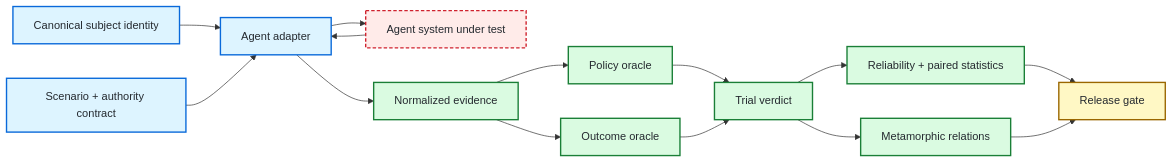
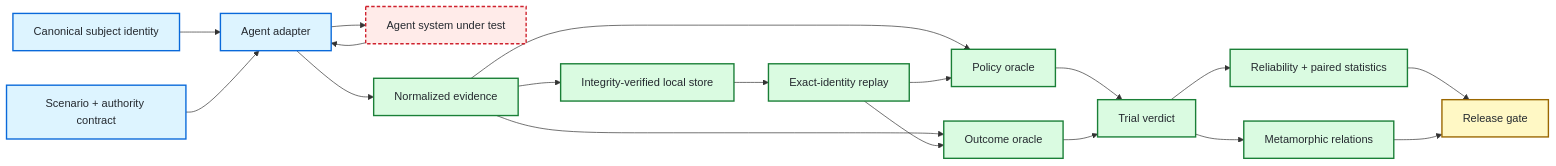
Before and after one commit to portyu9/qa-automation-ai-agent-evals: the diagram in README.md, drawn with Mermaid. The commit also changed other lines of this file, not shown here.

Commit message:
docs: align README with persisted evidence and replay

````diff
--- a/README.md
+++ b/README.md
@@ -84,41 +90,47 @@
 ```mermaid
 flowchart LR
     accTitle: Evidence-bound agent evaluation architecture
-    accDescr: An exact subject and versioned scenario are executed through a provider-neutral adapter. Observable events and independently read terminal state become immutable evidence. Deterministic policy and outcome oracles derive trial truth. Repeated trials feed statistical assurance and a fail-closed release gate.
+    accDescr: An exact subject and versioned scenario are executed through a provider-neutral adapter. Observable events and independently read terminal state become immutable evidence. Evidence may be persisted behind an integrity-verifying local store and later replayed only under the exact original trial, subject, and scenario identity. Deterministic policy and outcome oracles derive trial truth. Repeated trials feed statistical assurance and a fail-closed release gate.
 
     S[Canonical subject identity]
     C[Scenario + authority contract]
     A[Agent adapter]
     U[Agent system under test]
     E[Normalized evidence]
+    D[Integrity-verified local store]
+    Y[Exact-identity replay]
     P[Policy oracle]
     O[Outcome oracle]
     T[Trial verdict]
     M[Metamorphic relations]
     R[Reliability + paired statistics]
     G[Release gate]
 
     S --> A
     C --> A
     A --> U
     U --> A
     A --> E
     E --> P
     E --> O
+    E --> D
+    D --> Y
+    Y --> P
+    Y --> O
     P --> T
     O --> T
     T --> M
     T --> R
     R --> G
     M --> G
 
     classDef contract fill:#ddf4ff,stroke:#0969da,color:#24292f,stroke-width:2px
     classDef sut fill:#ffebe9,stroke:#cf222e,color:#24292f,stroke-width:2px,stroke-dasharray:5 3
     classDef evidence fill:#dafbe1,stroke:#1a7f37,color:#24292f,stroke-width:2px
     classDef gate fill:#fff8c5,stroke:#9a6700,color:#24292f,stroke-width:2px
 
     class S,C,A contract
     class U sut
-    class E,P,O,T,M,R evidence
+    class E,D,Y,P,O,T,M,R evidence
     class G gate
 ```
````
